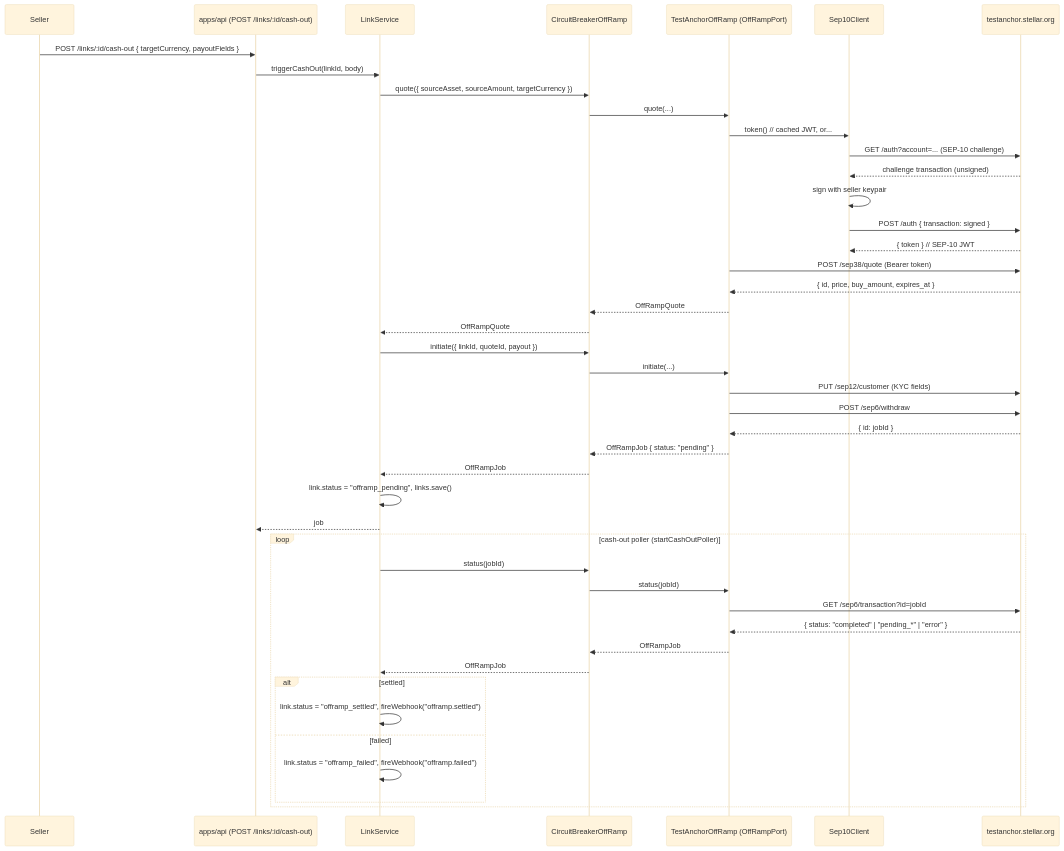
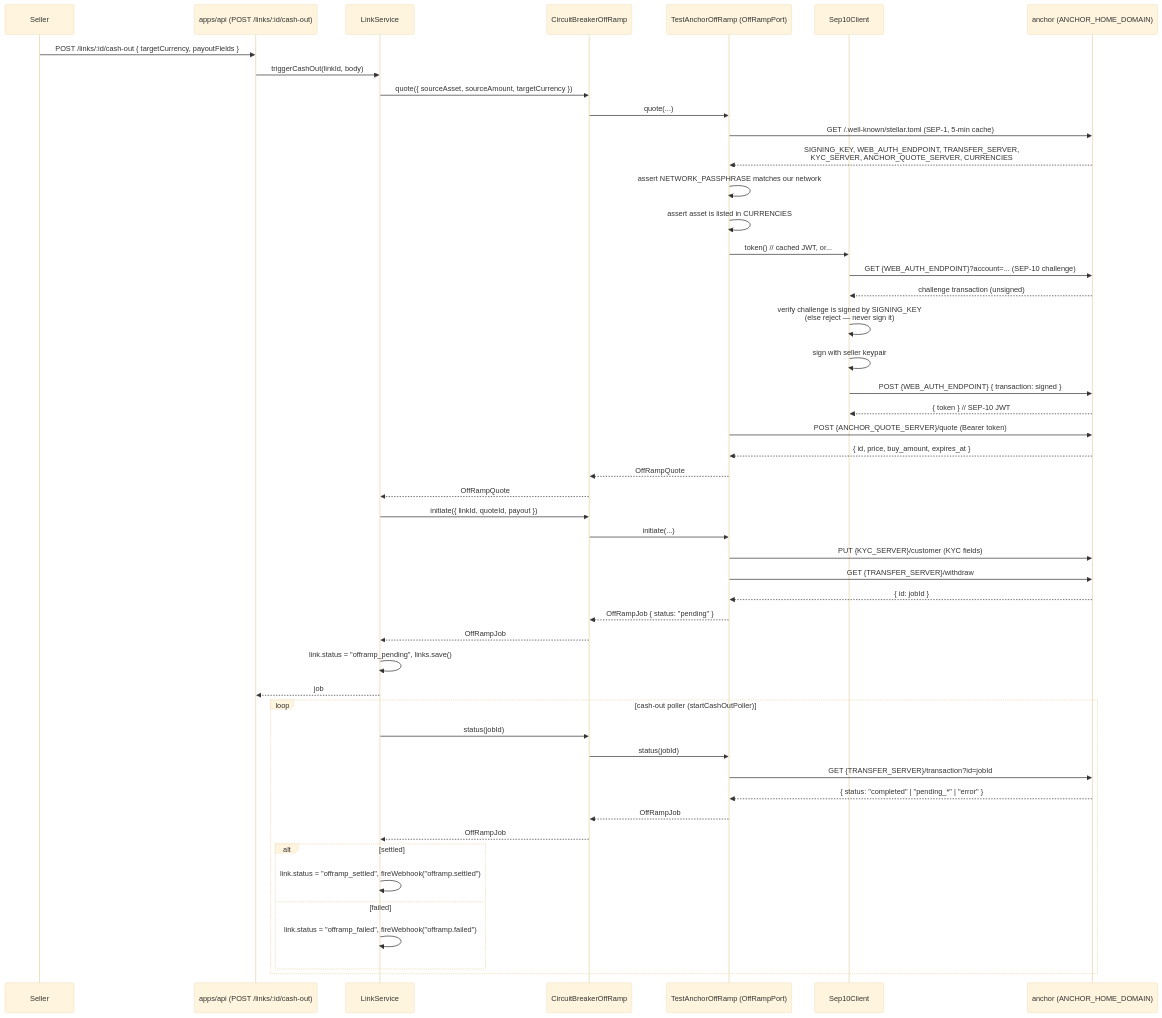
One commit to determined-001/Quay changed the fourth of 6 diagrams in docs/ARCHITECTURE.md. Above: the diagram before and after it, drawn with Mermaid (base theme). The commit also changed other lines of this file and 19 other files, not shown here.

Commit message:
feat: implement Anchor off-ramp service with SEP-1, SEP-6, SEP-10, SEP-12, and SEP-38 support

````diff
--- a/docs/ARCHITECTURE.md
+++ b/docs/ARCHITECTURE.md
@@ -152,48 +157,53 @@
 ```mermaid
 sequenceDiagram
   participant Seller
   participant API as apps/api (POST /links/:id/cash-out)
   participant LS as LinkService
   participant CB as CircuitBreakerOffRamp
   participant Anchor as TestAnchorOffRamp (OffRampPort)
   participant Sep10 as Sep10Client
-  participant Testanchor as testanchor.stellar.org
+  participant Testanchor as anchor (ANCHOR_HOME_DOMAIN)
 
   Seller->>API: POST /links/:id/cash-out { targetCurrency, payoutFields }
   API->>LS: triggerCashOut(linkId, body)
   LS->>CB: quote({ sourceAsset, sourceAmount, targetCurrency })
   CB->>Anchor: quote(...)
+  Anchor->>Testanchor: GET /.well-known/stellar.toml  (SEP-1, 5-min cache)
+  Testanchor-->>Anchor: SIGNING_KEY, WEB_AUTH_ENDPOINT, TRANSFER_SERVER,<br/>KYC_SERVER, ANCHOR_QUOTE_SERVER, CURRENCIES
+  Anchor->>Anchor: assert NETWORK_PASSPHRASE matches our network
+  Anchor->>Anchor: assert asset is listed in CURRENCIES
   Anchor->>Sep10: token()  // cached JWT, or...
-  Sep10->>Testanchor: GET /auth?account=...  (SEP-10 challenge)
+  Sep10->>Testanchor: GET {WEB_AUTH_ENDPOINT}?account=...  (SEP-10 challenge)
   Testanchor-->>Sep10: challenge transaction (unsigned)
+  Sep10->>Sep10: verify challenge is signed by SIGNING_KEY<br/>(else reject — never sign it)
   Sep10->>Sep10: sign with seller keypair
-  Sep10->>Testanchor: POST /auth { transaction: signed }
+  Sep10->>Testanchor: POST {WEB_AUTH_ENDPOINT} { transaction: signed }
   Testanchor-->>Sep10: { token }  // SEP-10 JWT
-  Anchor->>Testanchor: POST /sep38/quote  (Bearer token)
+  Anchor->>Testanchor: POST {ANCHOR_QUOTE_SERVER}/quote  (Bearer token)
   Testanchor-->>Anchor: { id, price, buy_amount, expires_at }
   Anchor-->>CB: OffRampQuote
   CB-->>LS: OffRampQuote
   LS->>CB: initiate({ linkId, quoteId, payout })
   CB->>Anchor: initiate(...)
-  Anchor->>Testanchor: PUT /sep12/customer  (KYC fields)
-  Anchor->>Testanchor: POST /sep6/withdraw
+  Anchor->>Testanchor: PUT {KYC_SERVER}/customer  (KYC fields)
+  Anchor->>Testanchor: GET {TRANSFER_SERVER}/withdraw
   Testanchor-->>Anchor: { id: jobId }
   Anchor-->>CB: OffRampJob { status: "pending" }
   CB-->>LS: OffRampJob
   LS->>LS: link.status = "offramp_pending", links.save()
   LS-->>API: job
 
   loop cash-out poller (startCashOutPoller)
     LS->>CB: status(jobId)
     CB->>Anchor: status(jobId)
-    Anchor->>Testanchor: GET /sep6/transaction?id=jobId
+    Anchor->>Testanchor: GET {TRANSFER_SERVER}/transaction?id=jobId
     Testanchor-->>Anchor: { status: "completed" | "pending_*" | "error" }
     Anchor-->>CB: OffRampJob
     CB-->>LS: OffRampJob
     alt settled
       LS->>LS: link.status = "offramp_settled", fireWebhook("offramp.settled")
     else failed
       LS->>LS: link.status = "offramp_failed", fireWebhook("offramp.failed")
     end
   end
 ```
````
